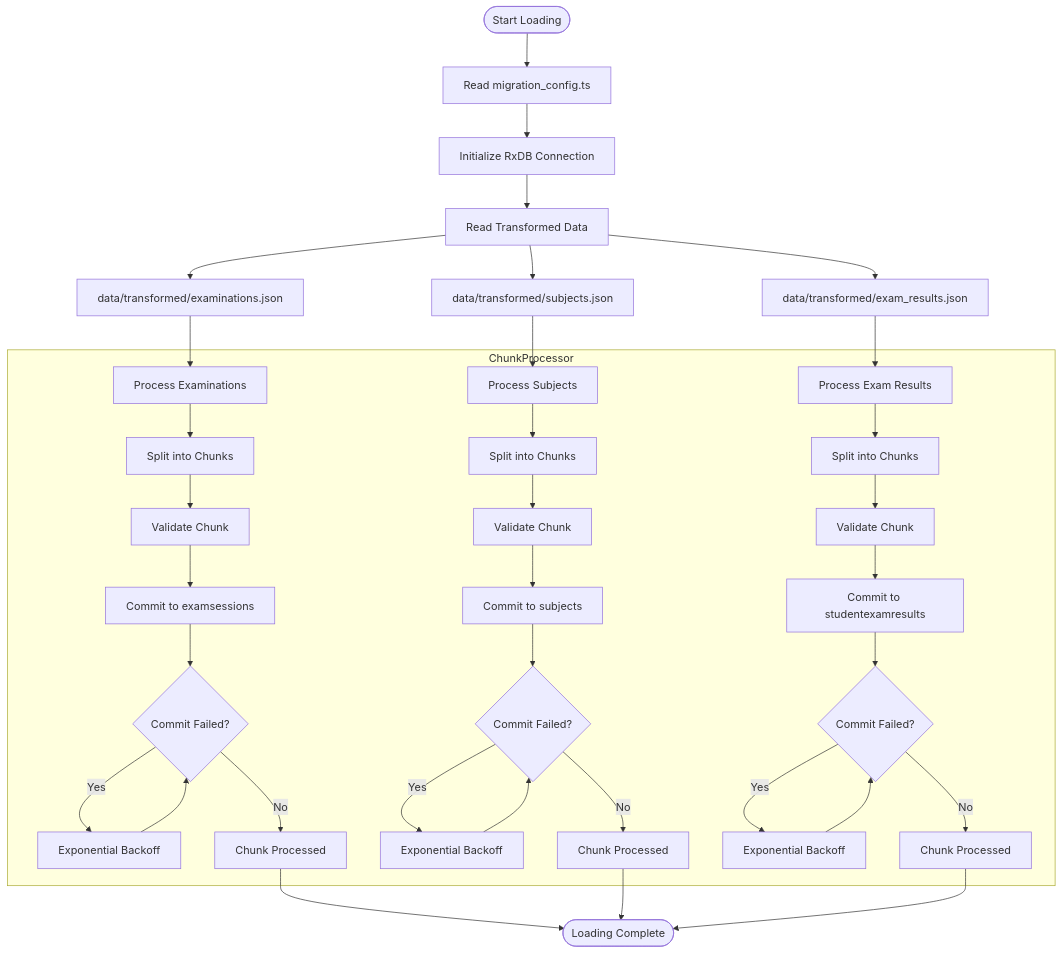
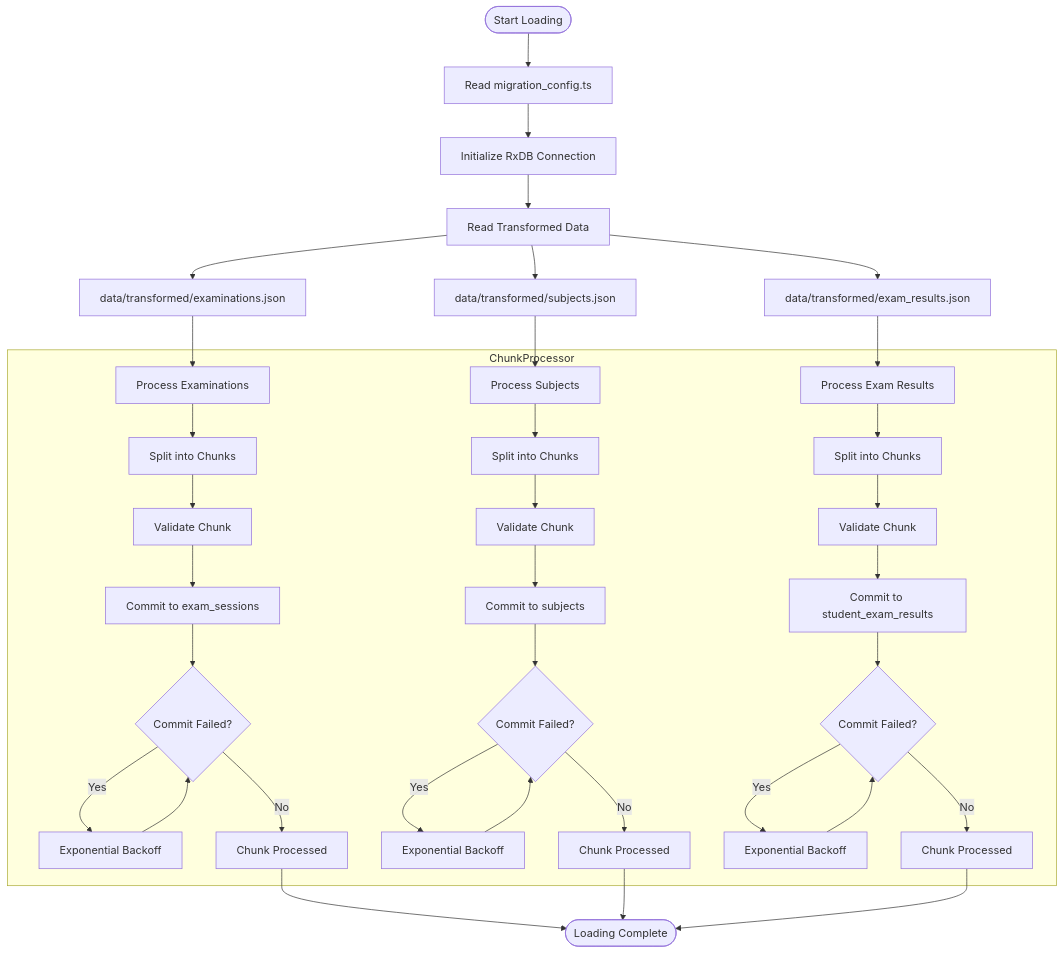
Before and after one commit to geniusdynamics/schoolpilot: the fifth of 7 diagrams in .qoder/repowiki/en/content/Development Tools & Scripts/Data Migration.md, drawn with Mermaid. The commit also changed other lines of this file and 8 other files, not shown here.

````diff
--- a/.qoder/repowiki/en/content/Development Tools & Scripts/Data Migration.md
+++ b/.qoder/repowiki/en/content/Development Tools & Scripts/Data Migration.md
@@ -221,38 +217,38 @@
 ```mermaid
 flowchart TD
 Start([Start Loading]) --> ReadConfig["Read migration_config.ts"]
 ReadConfig --> InitRxDB["Initialize RxDB Connection"]
 InitRxDB --> ReadTransformed["Read Transformed Data"]
 ReadTransformed --> examinations["data/transformed/examinations.json"]
 ReadTransformed --> subjects["data/transformed/subjects.json"]
 ReadTransformed --> exam_results["data/transformed/exam_results.json"]
 examinations --> ProcessExams["Process Examinations"]
 subjects --> ProcessSubjects["Process Subjects"]
 exam_results --> ProcessResults["Process Exam Results"]
 subgraph ChunkProcessor
 ProcessExams --> ChunkExams["Split into Chunks"]
 ChunkExams --> ValidateExams["Validate Chunk"]
-ValidateExams --> CommitExams["Commit to examsessions"]
+ValidateExams --> CommitExams["Commit to exam_sessions"]
 CommitExams --> RetryExams{"Commit Failed?"}
 RetryExams -- Yes --> BackoffExams["Exponential Backoff"]
 BackoffExams --> RetryExams
 RetryExams -- No --> SuccessExams["Chunk Processed"]
 ProcessSubjects --> ChunkSubjects["Split into Chunks"]
 ChunkSubjects --> ValidateSubjects["Validate Chunk"]
 ValidateSubjects --> CommitSubjects["Commit to subjects"]
 CommitSubjects --> RetrySubjects{"Commit Failed?"}
 RetrySubjects -- Yes --> BackoffSubjects["Exponential Backoff"]
 BackoffSubjects --> RetrySubjects
 RetrySubjects -- No --> SuccessSubjects["Chunk Processed"]
 ProcessResults --> ChunkResults["Split into Chunks"]
 ChunkResults --> ValidateResults["Validate Chunk"]
-ValidateResults --> CommitResults["Commit to studentexamresults"]
+ValidateResults --> CommitResults["Commit to student_exam_results"]
 CommitResults --> RetryResults{"Commit Failed?"}
 RetryResults -- Yes --> BackoffResults["Exponential Backoff"]
 BackoffResults --> RetryResults
 RetryResults -- No --> SuccessResults["Chunk Processed"]
 end
 SuccessExams --> End([Loading Complete])
 SuccessSubjects --> End
 SuccessResults --> End
 ```
````
